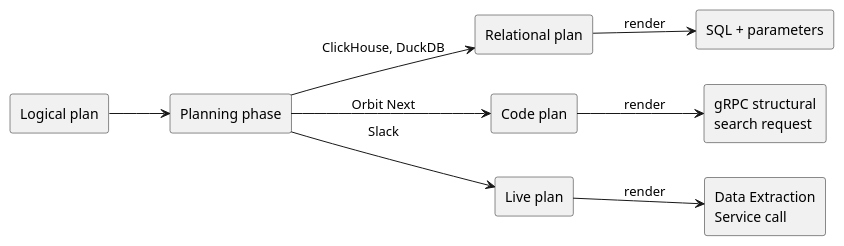
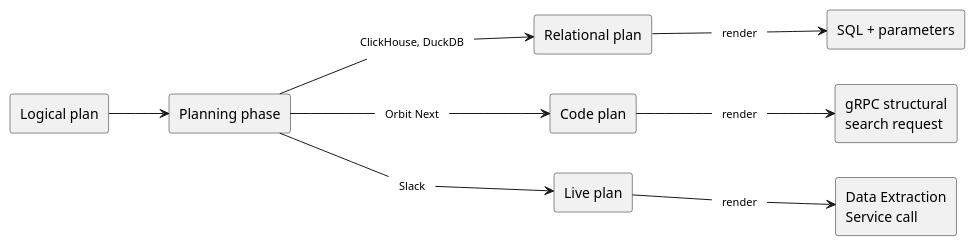
One commit to gitlabhq/orbit-knowledge-graph changed the seventh of 7 diagrams in docs/pages/engineering/adr/024_pluggable_data_model.md. Above: the diagram before and after it, drawn with PlantUML. The commit also changed other lines of this file, not shown here.

````diff
--- a/docs/pages/engineering/adr/024_pluggable_data_model.md
+++ b/docs/pages/engineering/adr/024_pluggable_data_model.md
@@ -342,23 +384,41 @@
 ```plantuml
 @startuml
+skinparam rectangle {
+  BackgroundColor<<label>> #FFFFFF
+  BorderColor<<label>> #FFFFFF
+  FontSize<<label>> 11
+}
+hide <<label>> stereotype
 set separator none
 skinparam shadowing false
 left to right direction
 rectangle "Logical plan" as LP
 rectangle "Planning phase" as P
 rectangle "Relational plan" as RP
 rectangle "Code plan" as CP
 rectangle "Live plan" as VP
 rectangle "SQL + parameters" as SQL
 rectangle "gRPC structural\nsearch request" as GRPC
 rectangle "Data Extraction\nService call" as CALL
 
 LP --> P
-P --> RP : ClickHouse, DuckDB
-P --> CP : Orbit Next
-P --> VP : Slack
-RP --> SQL : render
-CP --> GRPC : render
-VP --> CALL : render
+rectangle "ClickHouse, DuckDB" <<label>> as LR1
+P -- LR1
+LR1 --> RP
+rectangle "Orbit Next" <<label>> as LR2
+P -- LR2
+LR2 --> CP
+rectangle "Slack" <<label>> as LR3
+P -- LR3
+LR3 --> VP
+rectangle "render" <<label>> as LR4
+RP -- LR4
+LR4 --> SQL
+rectangle "render" <<label>> as LR5
+CP -- LR5
+LR5 --> GRPC
+rectangle "render" <<label>> as LR6
+VP -- LR6
+LR6 --> CALL
 @enduml
 ```
````
